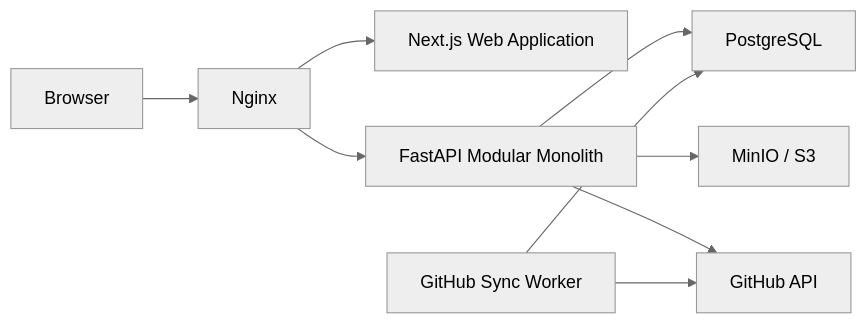
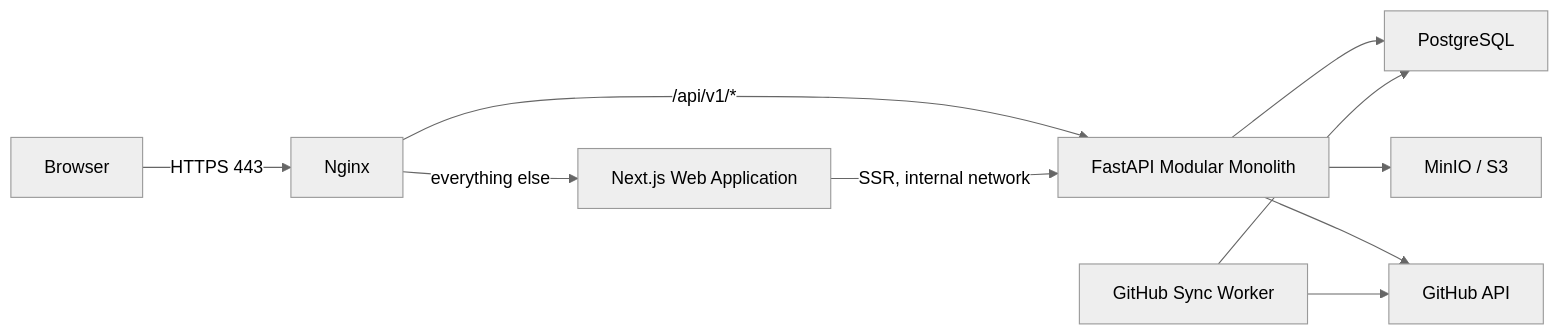
Before and after one commit to DizelPizell/developer-profile-platform: the second of 2 diagrams in docs/architecture/ARCHITECTURE.md, drawn with Mermaid (neutral theme). The commit also changed other lines of this file and 3 other files, not shown here.

````diff
--- a/docs/architecture/ARCHITECTURE.md
+++ b/docs/architecture/ARCHITECTURE.md
@@ -32,23 +32,24 @@
 ```mermaid
 flowchart LR
     Browser["Browser"]
 
     Nginx["Nginx"]
 
     Frontend["Next.js Web Application"]
     API["FastAPI Modular Monolith"]
     DB["PostgreSQL"]
     Storage["MinIO / S3"]
     GitHub["GitHub API"]
     Worker["GitHub Sync Worker"]
 
-    Browser --> Nginx
-    Nginx --> Frontend
-    Nginx --> API
+    Browser -->|HTTPS 443| Nginx
+    Nginx -->|"/api/v1/*"| API
+    Nginx -->|everything else| Frontend
+    Frontend -->|"SSR, internal network"| API
 
     API --> DB
     API --> Storage
     API --> GitHub
     Worker --> DB
     Worker --> GitHub
 ```
````
